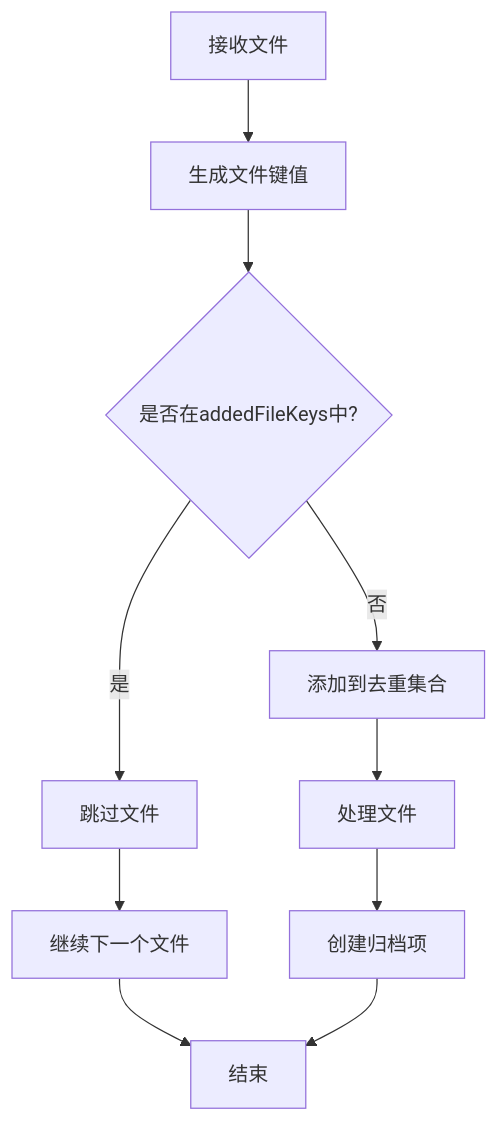
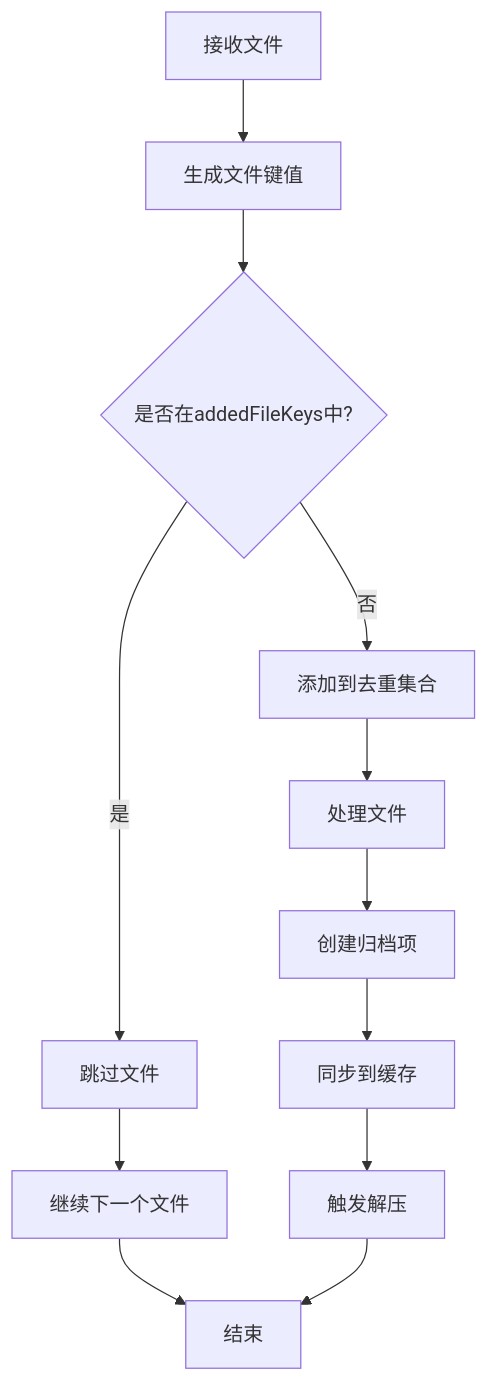
The third of 4 diagrams in .qoder/repowiki/zh/content/架构设计/数据流模式/组合式函数数据逻辑/归档管理组合函数.md (taoweidong/Hello-Tauri), drawn with Mermaid before and after one commit. The commit also changed other lines of this file and 119 other files, not shown here.

````diff
--- a/.qoder/repowiki/zh/content/架构设计/数据流模式/组合式函数数据逻辑/归档管理组合函数.md
+++ b/.qoder/repowiki/zh/content/架构设计/数据流模式/组合式函数数据逻辑/归档管理组合函数.md
@@ -140,12 +184,14 @@
 ```mermaid
 flowchart TD
 A[接收文件] --> B[生成文件键值]
 B --> C{是否在addedFileKeys中?}
 C --> |否| D[添加到去重集合]
 C --> |是| E[跳过文件]
 D --> F[处理文件]
 E --> G[继续下一个文件]
 F --> H[创建归档项]
-G --> I[结束]
-H --> I
+H --> I[同步到缓存]
+I --> J[触发解压]
+G --> K[结束]
+J --> K
 ```
````
